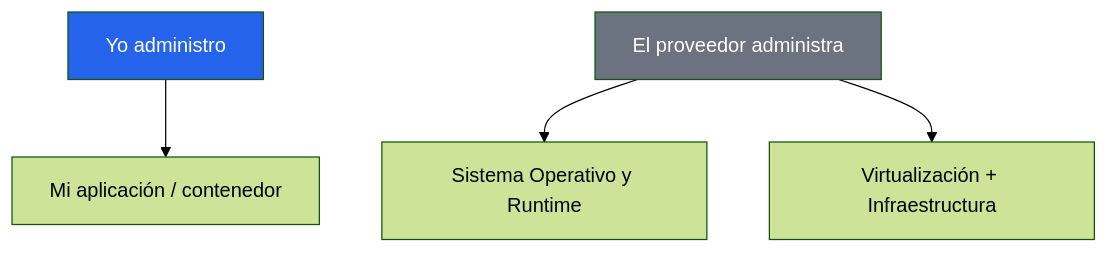
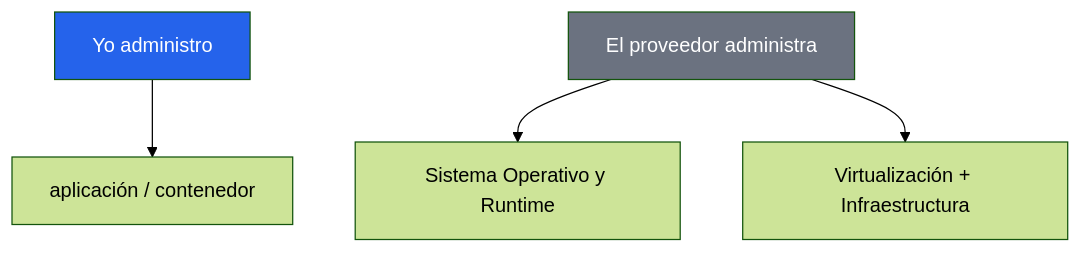
The fourth of 6 diagrams in presentacion.md (felipeg17/cloud-service-models), drawn with Mermaid (forest theme) before and after one commit. The commit also changed other lines of this file, not shown here.

````diff
--- a/presentacion.md
+++ b/presentacion.md
@@ -184,8 +176,8 @@
 ```mermaid
 graph TD
-    Yo["Yo administro"] --> APP[Mi aplicación / contenedor]
+    Yo["Yo administro"] --> APP[aplicación / contenedor]
     Proveedor["El proveedor administra"] --> RT[Sistema Operativo y Runtime]
     Proveedor --> VIRT[Virtualización + Infraestructura]
     style Yo fill:#2563eb,color:#fff
     style Proveedor fill:#6b7280,color:#fff
 ```
````
